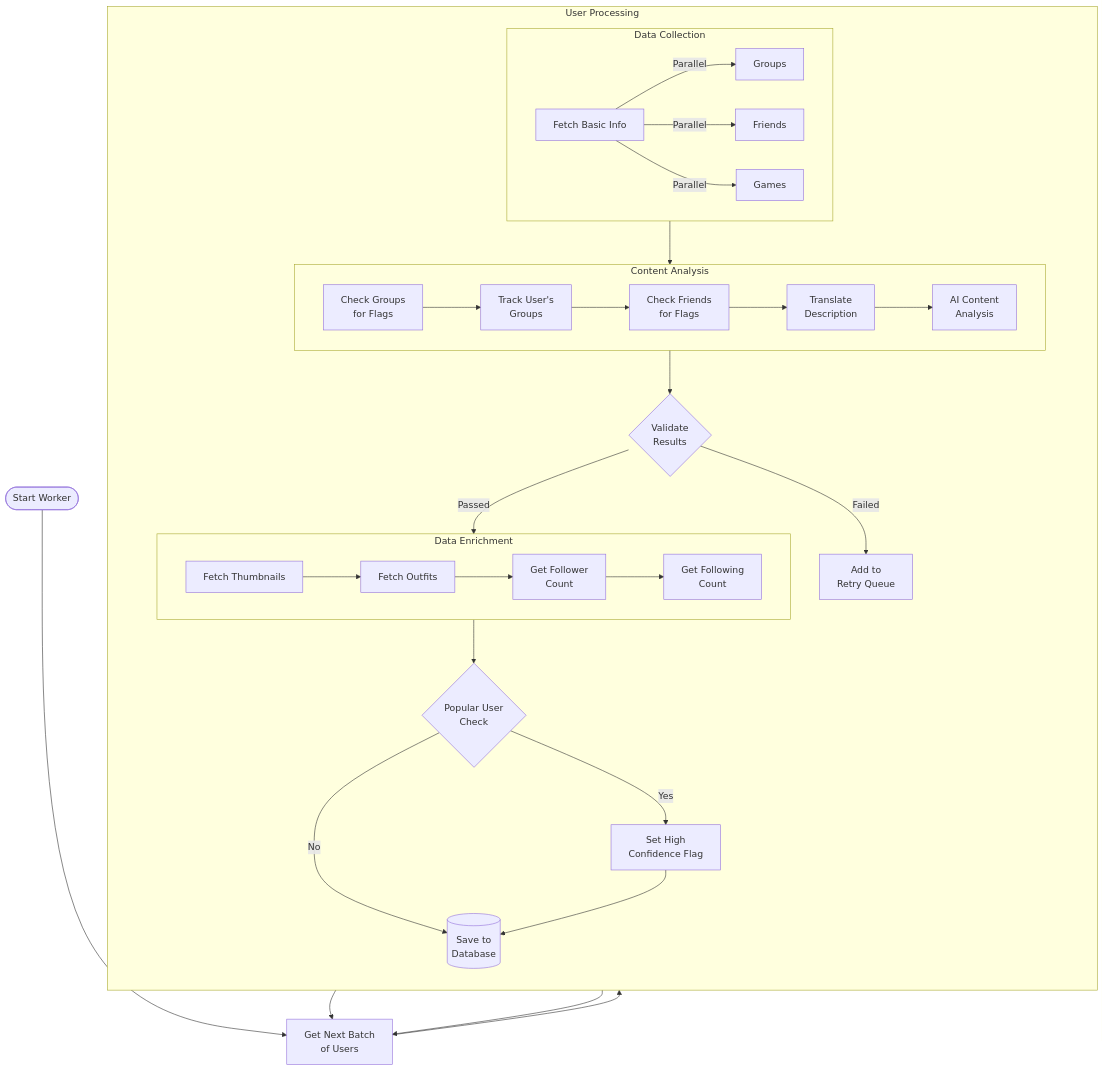
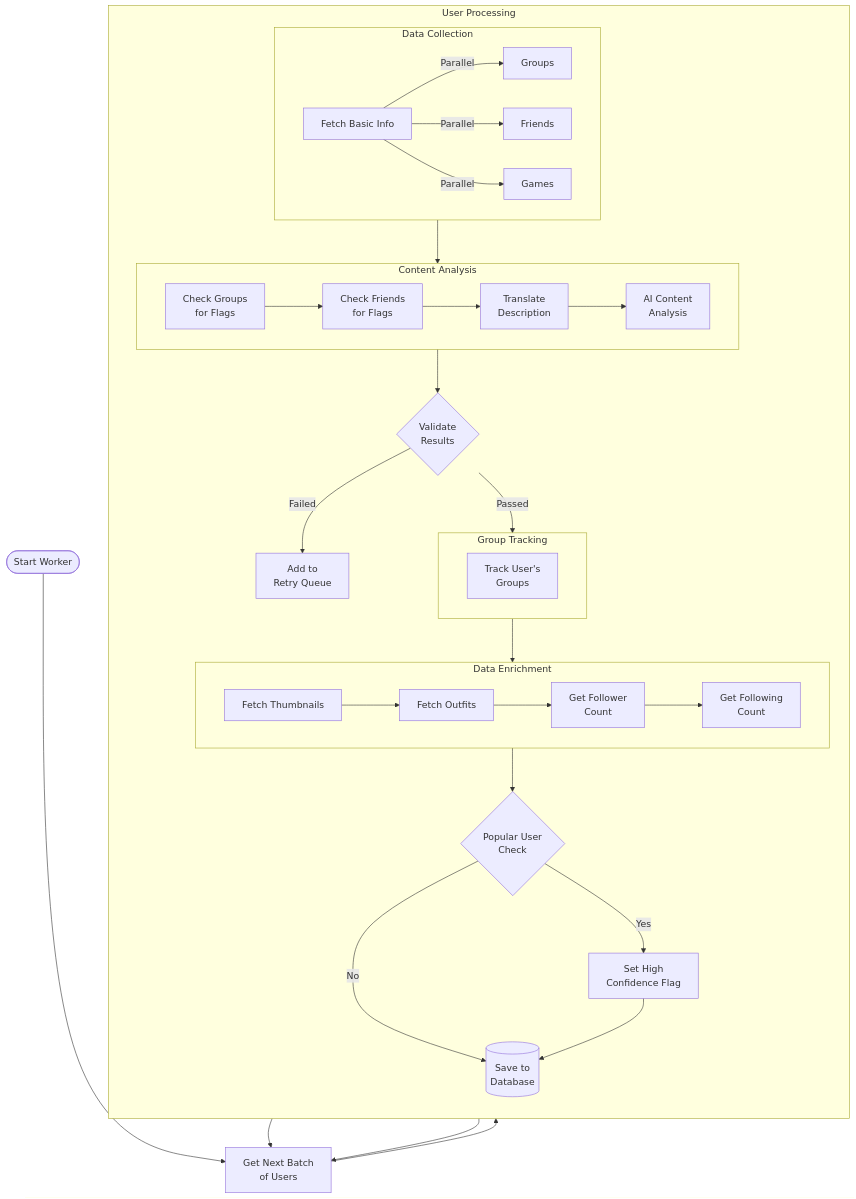
One commit to robalyx/rotector changed the first of 6 diagrams in README.md. Above: the diagram before and after it, drawn with Mermaid. The commit also changed other lines of this file, not shown here.

````diff
--- a/README.md
+++ b/README.md
@@ -101,43 +101,49 @@
 ```mermaid
 flowchart TB
     Start([Start Worker]) --> GetBatch[Get Next Batch<br>of Users]
     
     subgraph Processing [User Processing]
         direction TB
         subgraph DataCollection [Data Collection]
             direction LR
             FetchInfo[Fetch Basic Info] --> |Parallel| GetGroups[Groups]
             FetchInfo --> |Parallel| GetFriends[Friends]
             FetchInfo --> |Parallel| GetGames[Games]
         end
         
         subgraph Analysis [Content Analysis]
             direction LR
-            GroupCheck[Check Groups<br>for Flags] --> TrackGroups[Track User's<br>Groups] --> FriendCheck[Check Friends<br>for Flags] --> Translate[Translate<br>Description] --> AICheck[AI Content<br>Analysis]
+            GroupCheck[Check Groups<br>for Flags] --> FriendCheck[Check Friends<br>for Flags] --> Translate[Translate<br>Description] --> AICheck[AI Content<br>Analysis]
         end
         
         DataCollection --> Analysis
         
         Analysis --> Validation{Validate<br>Results}
         
         Validation -->|Failed| RetryQueue[Add to<br>Retry Queue]
         
+        subgraph GroupTracking [Group Tracking]
+            direction LR
+            TrackGroups[Track User's<br>Groups]
+        end
+        
         subgraph EnrichData [Data Enrichment]
             direction LR
             GetThumbnails[Fetch Thumbnails] --> GetOutfits[Fetch Outfits]
             GetOutfits --> GetFollowers[Get Follower<br>Count]
             GetFollowers --> GetFollowing[Get Following<br>Count]
         end
         
-        Validation -->|Passed| EnrichData
+        Validation -->|Passed| GroupTracking
+        GroupTracking --> EnrichData
         
         EnrichData --> PopularCheck{Popular User<br>Check}
         PopularCheck -->|Yes| HighConfidence[Set High<br>Confidence Flag]
         PopularCheck -->|No| SaveDB[(Save to<br>Database)]
         HighConfidence --> SaveDB
     end
     
     GetBatch --> Processing
     RetryQueue --> GetBatch
     SaveDB --> GetBatch
 ```
````
